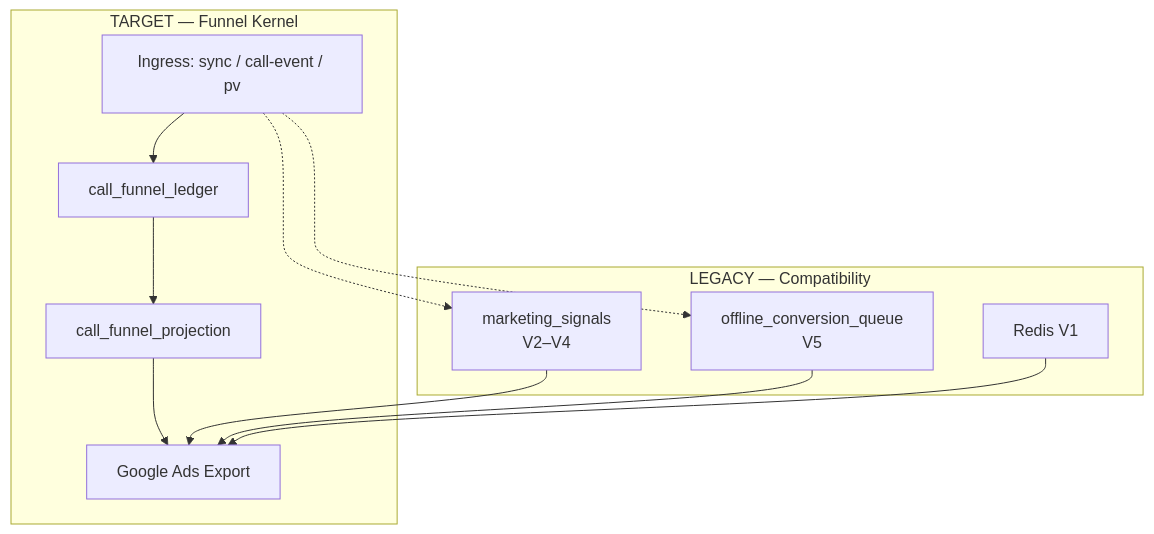
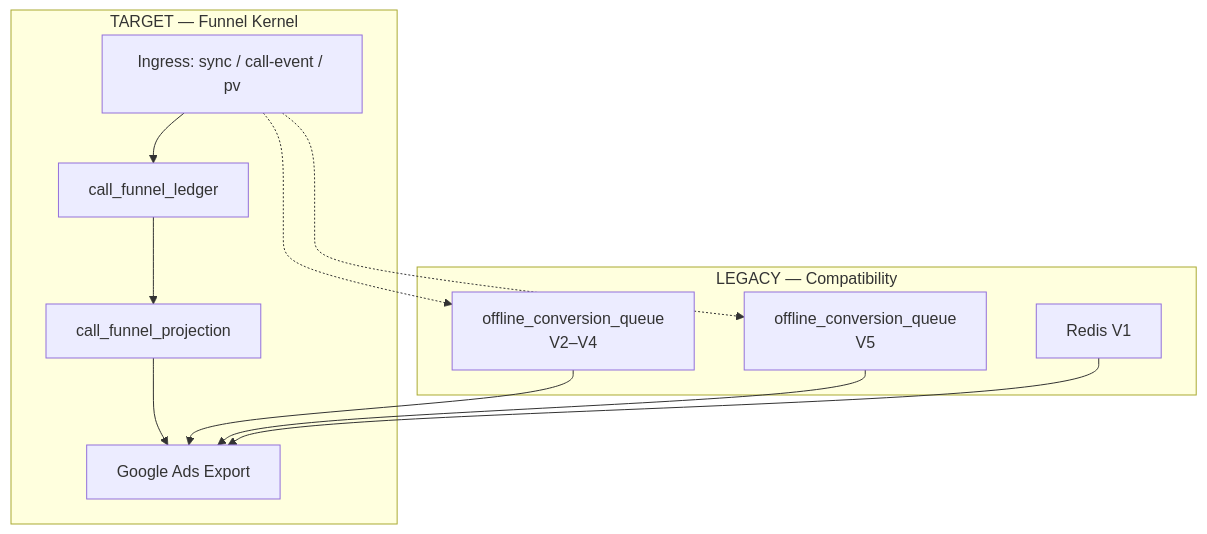
Before and after one commit to otomantik/OpsMantik: the diagram in docs/operations/OCI_OPERATIONS_SNAPSHOT.md, drawn with Mermaid. The commit also changed other lines of this file and 188 other files, not shown here.

First line of the commit message:
refactor(oci): retire marketing_signals, CUT-02 cron kemik (7 schedules)

````diff
--- a/docs/operations/OCI_OPERATIONS_SNAPSHOT.md
+++ b/docs/operations/OCI_OPERATIONS_SNAPSHOT.md
@@ -23,21 +23,21 @@
 ```mermaid
 flowchart TB
     subgraph Target["TARGET — Funnel Kernel"]
         A[Ingress: sync / call-event / pv]
         A --> B[call_funnel_ledger]
         B --> C[call_funnel_projection]
         C --> D[Google Ads Export]
     end
 
     subgraph Legacy["LEGACY — Compatibility"]
-        E[marketing_signals\nV2–V4]
+        E[offline_conversion_queue\nV2–V4]
         F[offline_conversion_queue\nV5]
         G[Redis V1]
         E --> D
         F --> D
         G --> D
     end
 
     A -.-> E
     A -.-> F
 ```
````
